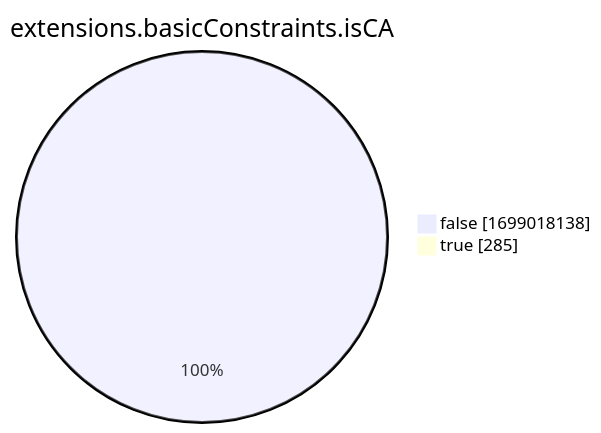
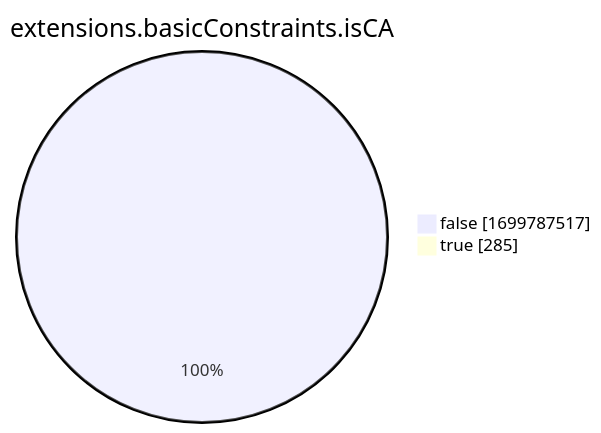
Before and after one commit to christiankrug/ctmonitor_visualization: the eighth of 15 diagrams in xenon2022/README.md, drawn with Mermaid. The commit also changed other lines of this file, not shown here.

````diff
--- a/xenon2022/README.md
+++ b/xenon2022/README.md
@@ -2865,6 +2865,6 @@
 ```mermaid
 pie showData
 title extensions.basicConstraints.isCA
-"false" :1699018138
+"false" :1699787517
 "true" :285
 ```
````
